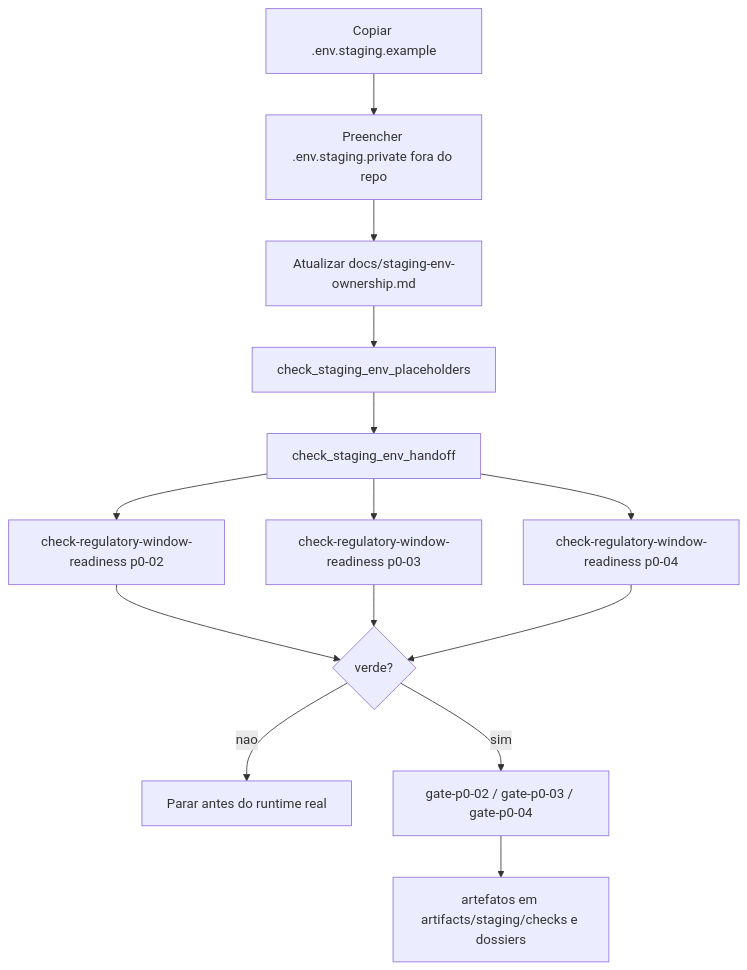
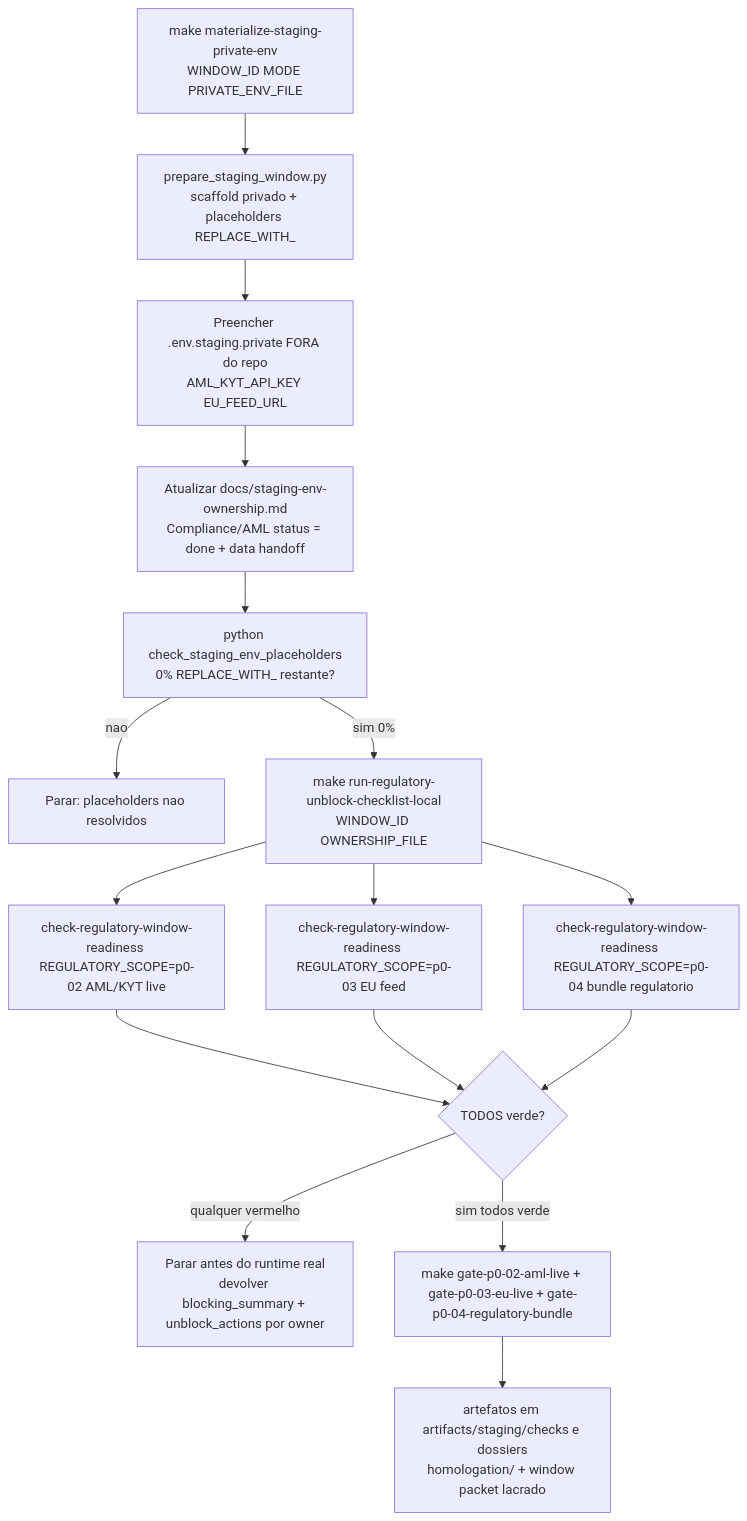
One commit to Jistriane/Ontrackchain changed the sixth of 12 diagrams in README.md. Above: the diagram before and after it, drawn with Mermaid. The commit also changed other lines of this file and 4 other files, not shown here.

````diff
--- a/README.md
+++ b/README.md
@@ -226,16 +330,18 @@
 ```mermaid
 flowchart TD
-    A[Copiar .env.staging.example] --> B[Preencher .env.staging.private fora do repo]
-    B --> C[Atualizar docs/staging-env-ownership.md]
-    C --> D[check_staging_env_placeholders]
-    D --> E[check_staging_env_handoff]
-    E --> F[check-regulatory-window-readiness p0-02]
-    E --> G[check-regulatory-window-readiness p0-03]
-    E --> H[check-regulatory-window-readiness p0-04]
-    F --> I{verde?}
-    G --> I
-    H --> I
-    I -->|nao| Stop[Parar antes do runtime real]
-    I -->|sim| J[gate-p0-02 / gate-p0-03 / gate-p0-04]
-    J --> K[artefatos em artifacts/staging/checks e dossiers]
+    A[make materialize-staging-private-env\nWINDOW_ID MODE PRIVATE_ENV_FILE] --> B[prepare_staging_window.py\nscaffold privado + placeholders REPLACE_WITH_]
+    B --> C[Preencher .env.staging.private FORA do repo\nAML_KYT_API_KEY EU_FEED_URL]
+    C --> D[Atualizar docs/staging-env-ownership.md\nCompliance/AML status = done + data handoff]
+    D --> E[python check_staging_env_placeholders\n0% REPLACE_WITH_ restante?]
+    E -->|nao| Stop[Parar: placeholders nao resolvidos]
+    E -->|sim 0%| F[make run-regulatory-unblock-checklist-local\nWINDOW_ID OWNERSHIP_FILE]
+    F --> G[check-regulatory-window-readiness REGULATORY_SCOPE=p0-02 AML/KYT live]
+    F --> H[check-regulatory-window-readiness REGULATORY_SCOPE=p0-03 EU feed]
+    F --> I[check-regulatory-window-readiness REGULATORY_SCOPE=p0-04 bundle regulatorio]
+    G --> J{TODOS verde?}
+    H --> J
+    I --> J
+    J -->|qualquer vermelho| Stop2[Parar antes do runtime real\ndevolver blocking_summary + unblock_actions por owner]
+    J -->|sim todos verde| K[make gate-p0-02-aml-live + gate-p0-03-eu-live + gate-p0-04-regulatory-bundle]
+    K --> L[artefatos em artifacts/staging/checks e dossiers\nhomologation/ + window packet lacrado]
 ```
````
